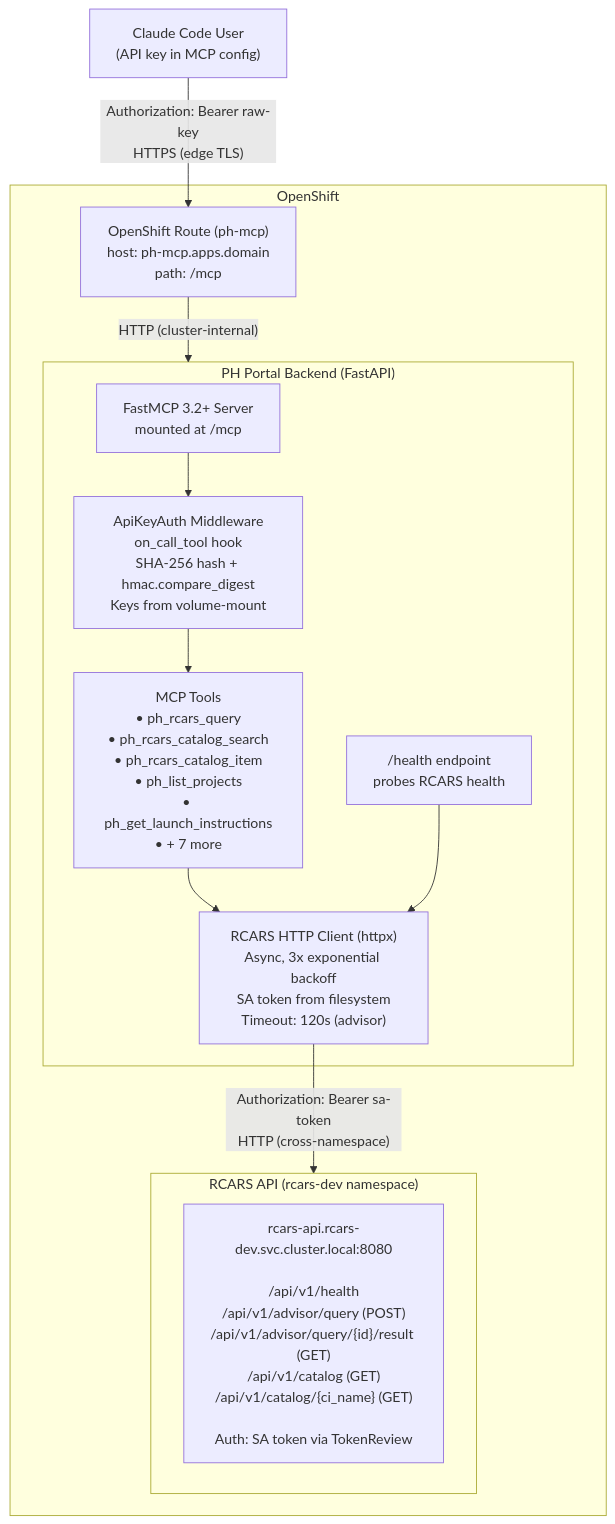
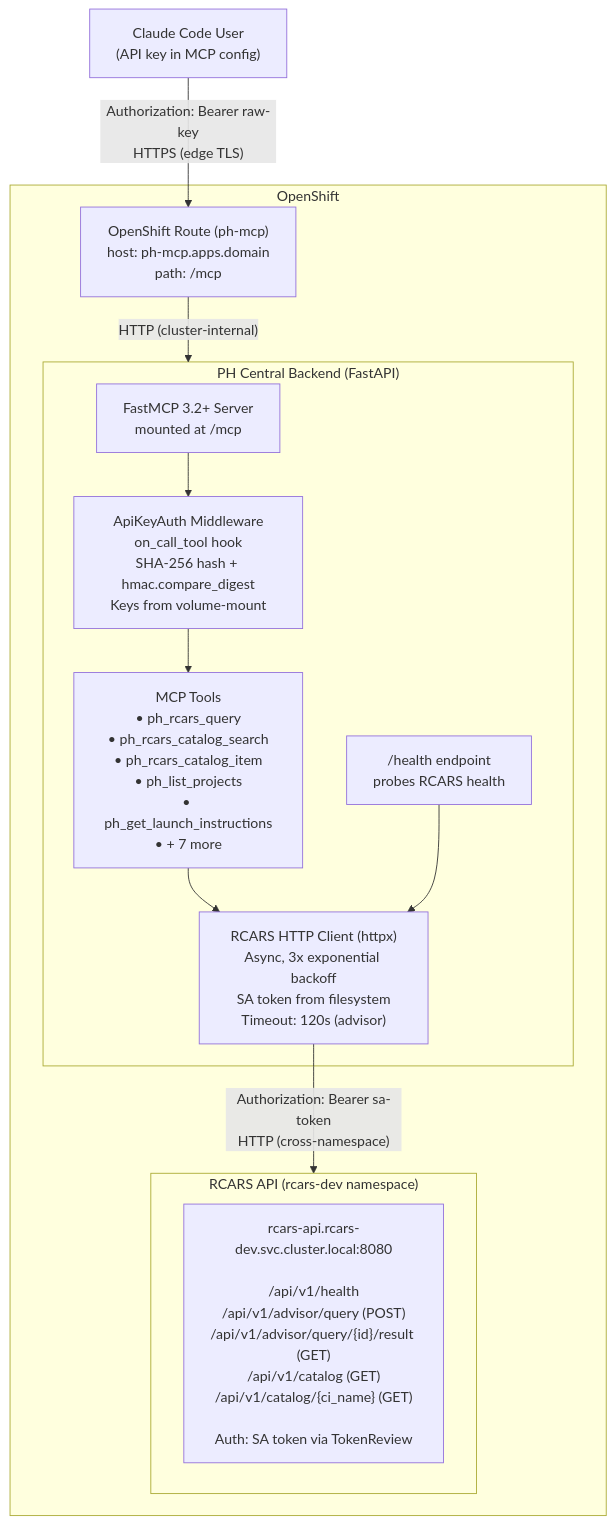
Before and after one commit to treddy08/rhdp-publishing-house: the first of 2 diagrams in docs/architecture/rcars-integration.md, drawn with Mermaid. The commit also changed other lines of this file and 14 other files, not shown here.

First line of the commit message:
docs: Complete Portal→Central rename across all documentation

````diff
--- a/docs/architecture/rcars-integration.md
+++ b/docs/architecture/rcars-integration.md
@@ -9,27 +9,27 @@
 ```mermaid
 graph TD
     CC["Claude Code User<br/>(API key in MCP config)"]
     CC -->|"Authorization: Bearer raw-key<br/>HTTPS (edge TLS)"| Route
 
     subgraph OpenShift
         Route["OpenShift Route (ph-mcp)<br/>host: ph-mcp.apps.domain<br/>path: /mcp"]
         Route -->|"HTTP (cluster-internal)"| BE
 
-        subgraph BE["PH Portal Backend (FastAPI)"]
+        subgraph BE["PH Central Backend (FastAPI)"]
             MCP["FastMCP 3.2+ Server<br/>mounted at /mcp"]
             Auth["ApiKeyAuth Middleware<br/>on_call_tool hook<br/>SHA-256 hash + hmac.compare_digest<br/>Keys from volume-mount"]
             Tools["MCP Tools<br/>• ph_rcars_query<br/>• ph_rcars_catalog_search<br/>• ph_rcars_catalog_item<br/>• ph_list_projects<br/>• ph_get_launch_instructions<br/>• + 7 more"]
             Client["RCARS HTTP Client (httpx)<br/>Async, 3x exponential backoff<br/>SA token from filesystem<br/>Timeout: 120s (advisor)"]
             Health["/health endpoint<br/>probes RCARS health"]
 
             MCP --> Auth --> Tools --> Client
             Health --> Client
         end
 
         Client -->|"Authorization: Bearer sa-token<br/>HTTP (cross-namespace)"| RCARS
 
         subgraph RCARS["RCARS API (rcars-dev namespace)"]
             RAPI["rcars-api.rcars-dev.svc.cluster.local:8080<br/><br/>/api/v1/health<br/>/api/v1/advisor/query (POST)<br/>/api/v1/advisor/query/{id}/result (GET)<br/>/api/v1/catalog (GET)<br/>/api/v1/catalog/{ci_name} (GET)<br/><br/>Auth: SA token via TokenReview"]
         end
     end
 ```
````
